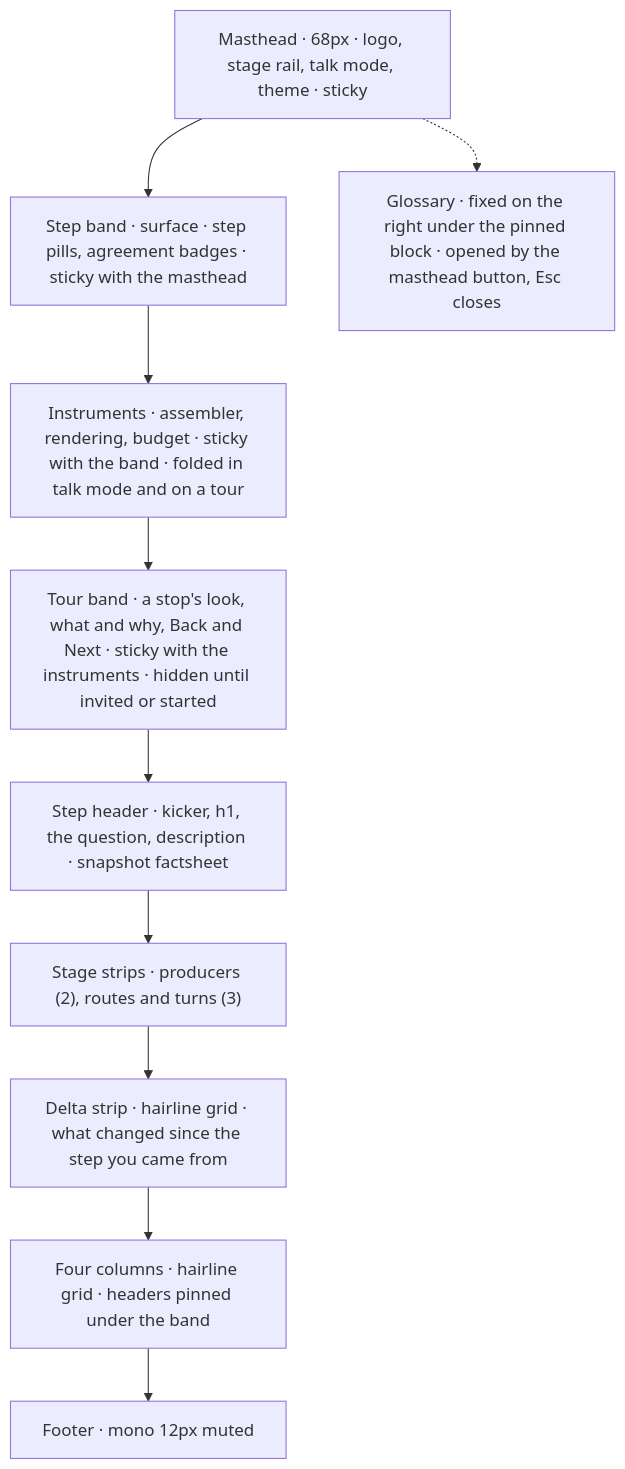
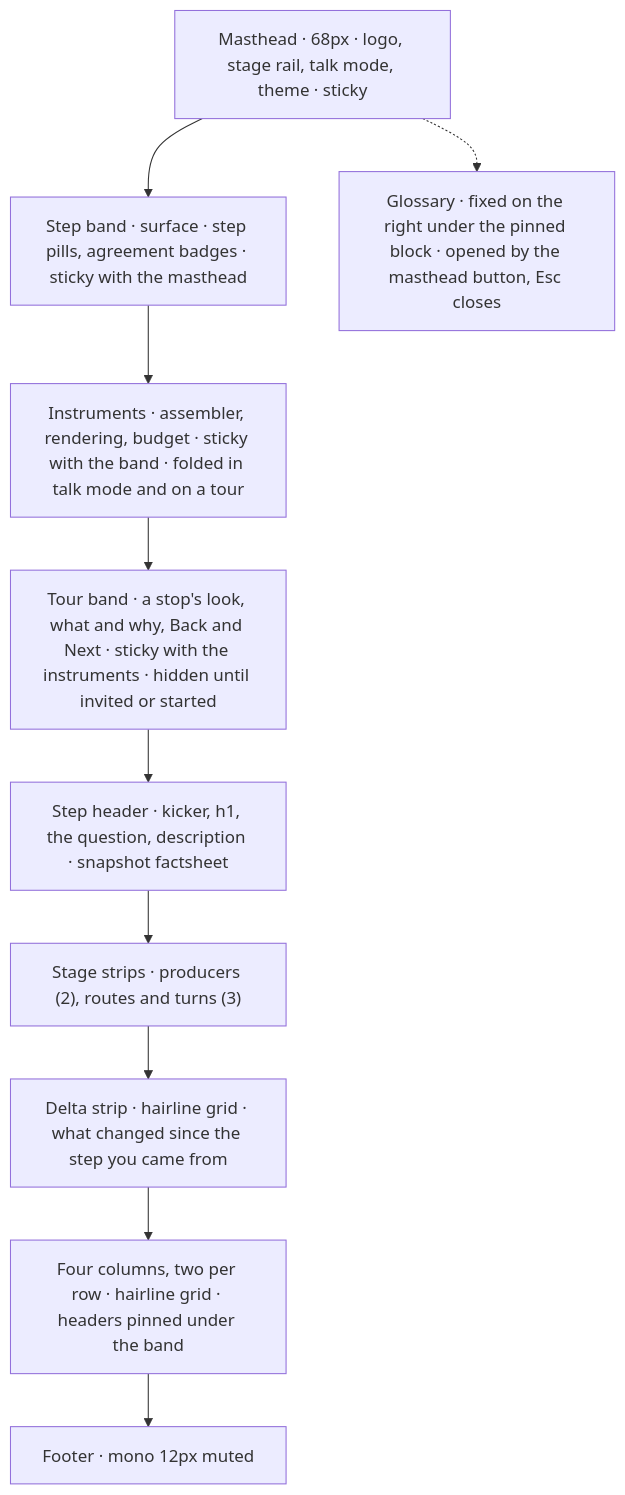
Before and after one commit to contextwindowarchitecture/assembler-demo: the first of 2 diagrams in STYLE.md, drawn with Mermaid. The commit also changed other lines of this file and 4 other files, not shown here.

First line of the commit message:
feat(inspector): the four columns sit two per row by default

````diff
--- a/STYLE.md
+++ b/STYLE.md
@@ -230,15 +230,15 @@
 ```mermaid
 flowchart TB
   M["Masthead · 68px · logo, stage rail, talk mode, theme · sticky"]
   B["Step band · surface · step pills, agreement badges · sticky with the masthead"]
   I["Instruments · assembler, rendering, budget · sticky with the band · folded in talk mode and on a tour"]
   T["Tour band · a stop's look, what and why, Back and Next · sticky with the instruments · hidden until invited or started"]
   S["Step header · kicker, h1, the question, description · snapshot factsheet"]
   X["Stage strips · producers (2), routes and turns (3)"]
   D["Delta strip · hairline grid · what changed since the step you came from"]
-  C["Four columns · hairline grid · headers pinned under the band"]
+  C["Four columns, two per row · hairline grid · headers pinned under the band"]
   F["Footer · mono 12px muted"]
   G["Glossary · fixed on the right under the pinned block · opened by the masthead button, Esc closes"]
   M --> B --> I --> T --> S --> X --> D --> C --> F
   M -.-> G
 ```
````
